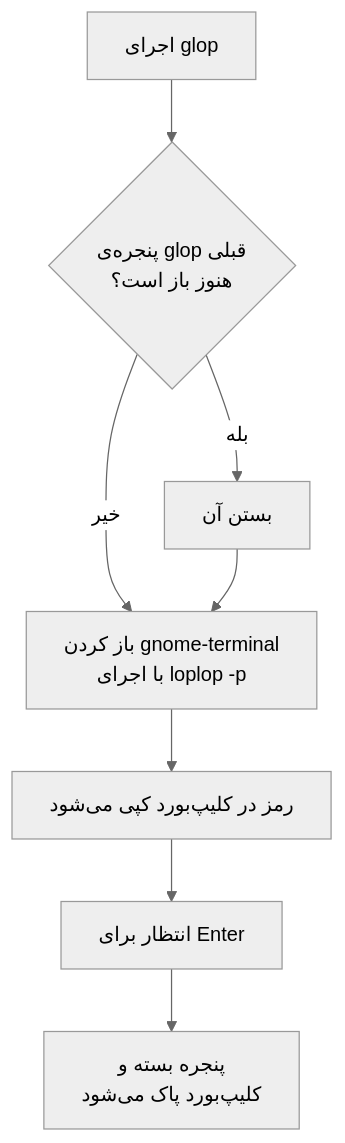
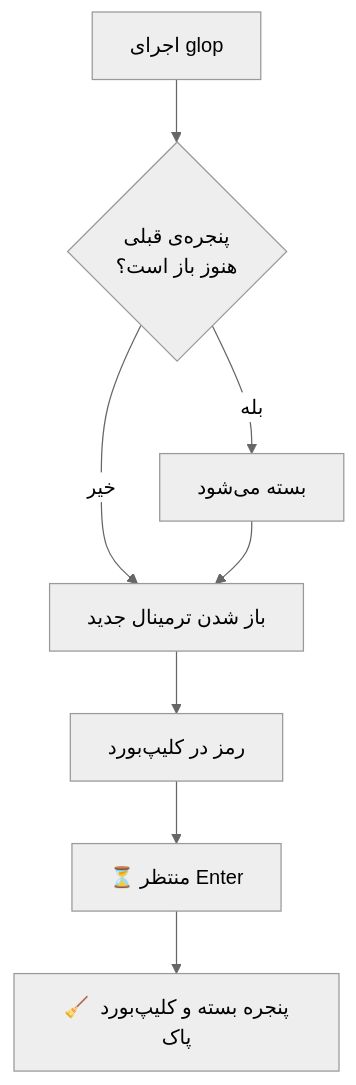
The third of 3 diagrams in README.md (GoldenIsland00/loplop), drawn with Mermaid (neutral theme) before and after one commit. The commit also changed other lines of this file, not shown here.

````diff
--- a/README.md
+++ b/README.md
@@ -92,10 +139,10 @@
 ```mermaid
 flowchart TD
-    G["اجرای glop"] --> K{"پنجره‌ی glop قبلی<br/>هنوز باز است؟"}
-    K -- بله --> X["بستن آن"]
+    G["اجرای glop"] --> K{"پنجره‌ی قبلی<br/>هنوز باز است؟"}
+    K -- بله --> X["بسته می‌شود"]
     K -- خیر --> T
-    X --> T["باز کردن gnome-terminal<br/>با اجرای loplop -p"]
-    T --> P["رمز در کلیپ‌بورد کپی می‌شود"]
-    P --> W["انتظار برای Enter"]
-    W --> Z["پنجره بسته و<br/>کلیپ‌بورد پاک می‌شود"]
+    X --> T["باز شدن ترمینال جدید"]
+    T --> P["رمز در کلیپ‌بورد"]
+    P --> W["⏳ منتظر Enter"]
+    W --> Z["🧹 پنجره بسته و کلیپ‌بورد پاک"]
 ```
````
